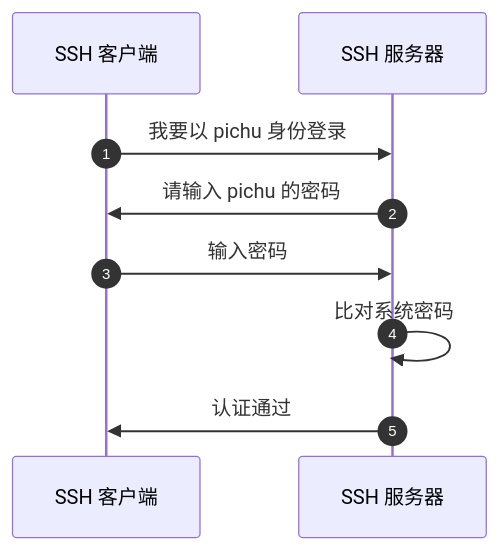
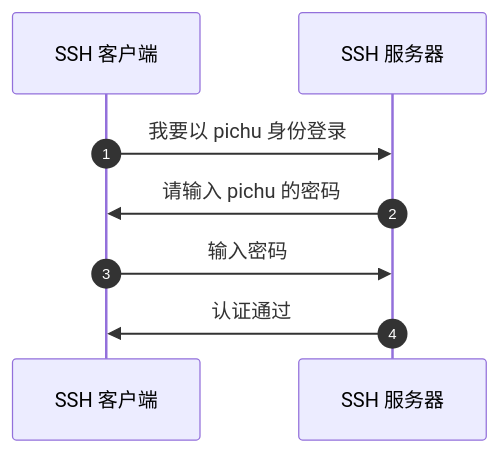
One commit to puppylpg/puppylpg.github.io changed the first of 2 diagrams in _posts/2026-06-28-ssh-passwordless-login-private-key-principle.md. Above: the diagram before and after it, drawn with Mermaid. The commit also changed other lines of this file, not shown here.

````diff
--- a/_posts/2026-06-28-ssh-passwordless-login-private-key-principle.md
+++ b/_posts/2026-06-28-ssh-passwordless-login-private-key-principle.md
@@ -34,12 +43,11 @@
 ```mermaid
 sequenceDiagram
     autonumber
     participant C as SSH 客户端
     participant S as SSH 服务器
 
     C->>S: 我要以 pichu 身份登录
     S->>C: 请输入 pichu 的密码
     C->>S: 输入密码
-    S->>S: 比对系统密码
     S->>C: 认证通过
 ```
````
